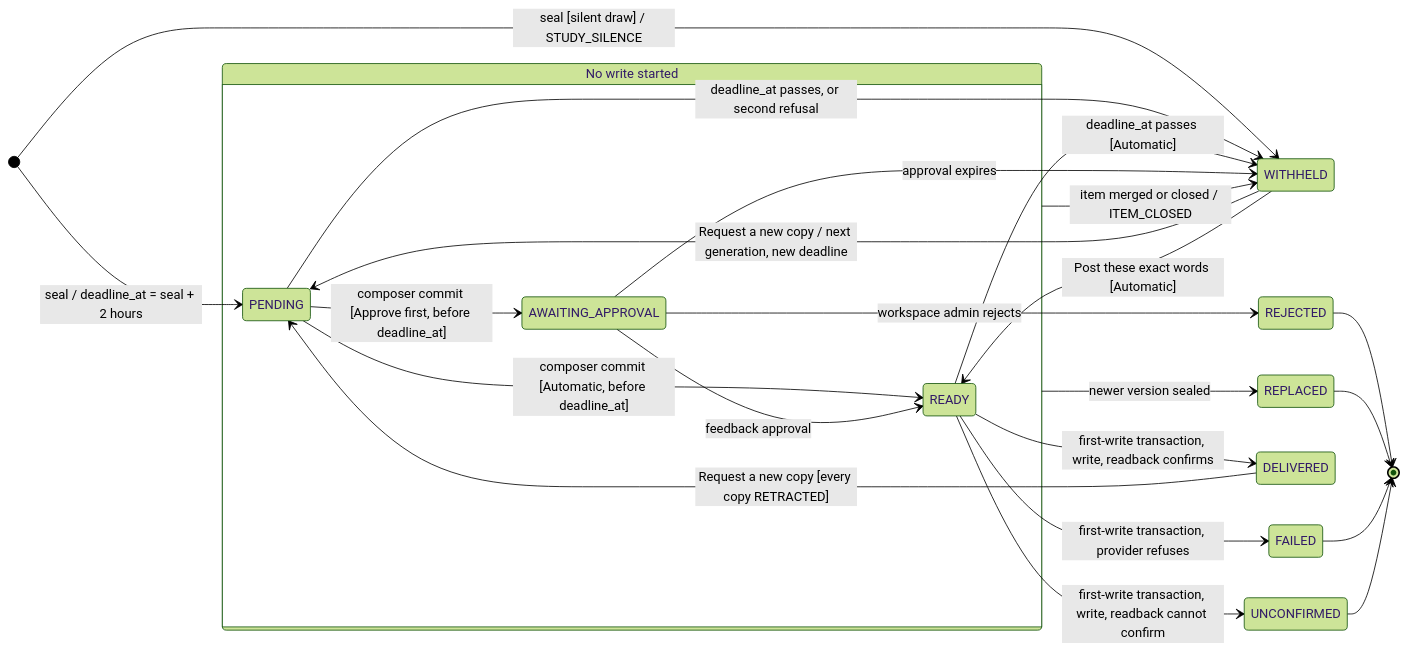
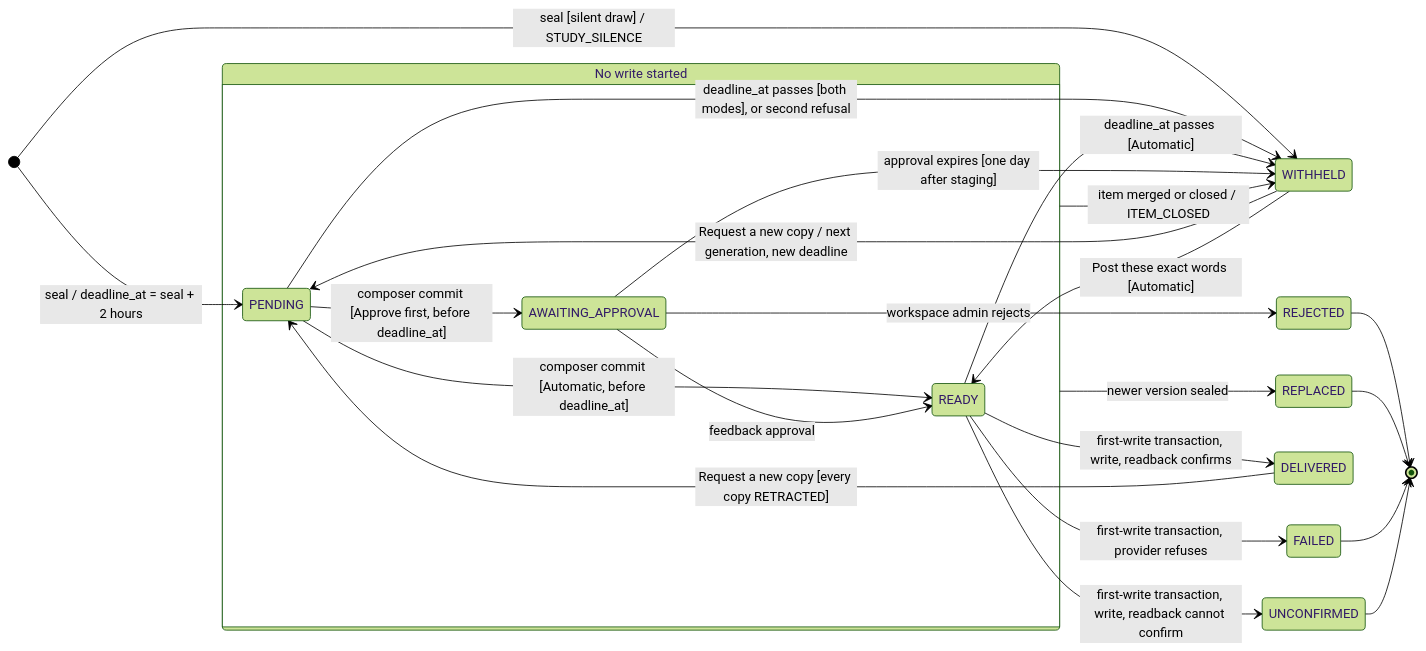
Before and after one commit to hephaestus-build/Hephaestus: the seventh of 12 diagrams in docs/contributor/conversation-core.mdx, drawn with Mermaid (forest theme). The commit also changed other lines of this file and 1 other file, not shown here.

````diff
--- a/docs/contributor/conversation-core.mdx
+++ b/docs/contributor/conversation-core.mdx
@@ -451,29 +474,29 @@
 ```mermaid
 stateDiagram-v2
     accTitle: Lifecycle of a copy on the work
-    accDescr: The seal inserts a PENDING copy with a deadline two hours later, or a silent draw withholds it at the seal with STUDY_SILENCE. A composer commit before the deadline makes it READY, or AWAITING_APPROVAL under Approve first. The deadline withholds a PENDING copy and a READY Automatic copy. The approval expiry withholds a copy that waits for approval. A merge or close withholds it, and a newer version replaces it, before a write starts. The first-write transaction then makes it DELIVERED, UNCONFIRMED or FAILED. Request a new copy and Post these exact words restart a withheld copy.
+    accDescr: The seal inserts a PENDING copy with a deadline two hours later, or a silent draw withholds it at the seal with STUDY_SILENCE. A composer commit before the deadline makes it READY, or AWAITING_APPROVAL under Approve first. The deadline withholds a PENDING copy in both modes and a READY Automatic copy. The approval expiry withholds a copy that waits for approval. A merge or close withholds it, and a newer version replaces it, before a write starts. The first-write transaction then makes it DELIVERED, UNCONFIRMED or FAILED. Request a new copy and Post these exact words restart a withheld copy.
     direction LR
     [*] --> PENDING : seal / deadline_at = seal + 2 hours
     [*] --> WITHHELD : seal [silent draw] / STUDY_SILENCE
     state "No write started" as Open {
         PENDING --> AWAITING_APPROVAL : composer commit [Approve first, before deadline_at]
         PENDING --> READY : composer commit [Automatic, before deadline_at]
         AWAITING_APPROVAL --> READY : feedback approval
     }
-    PENDING --> WITHHELD : deadline_at passes, or second refusal
+    PENDING --> WITHHELD : deadline_at passes [both modes], or second refusal
     READY --> WITHHELD : deadline_at passes [Automatic]
-    AWAITING_APPROVAL --> WITHHELD : approval expires
+    AWAITING_APPROVAL --> WITHHELD : approval expires [one day after staging]
     Open --> WITHHELD : item merged or closed / ITEM_CLOSED
     Open --> REPLACED : newer version sealed
     AWAITING_APPROVAL --> REJECTED : workspace admin rejects
     READY --> DELIVERED : first-write transaction, write, readback confirms
     READY --> UNCONFIRMED : first-write transaction, write, readback cannot confirm
     READY --> FAILED : first-write transaction, provider refuses
     WITHHELD --> PENDING : Request a new copy / next generation, new deadline
     WITHHELD --> READY : Post these exact words [Automatic]
     DELIVERED --> PENDING : Request a new copy [every copy RETRACTED]
     REJECTED --> [*]
     REPLACED --> [*]
     FAILED --> [*]
     UNCONFIRMED --> [*]
 ```
````
